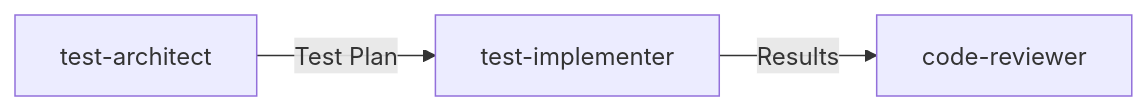
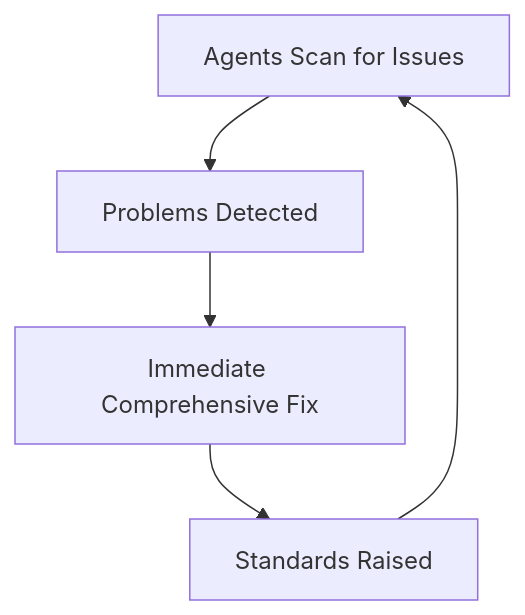
One commit to mudspot/prometheus-agents changed the third of 3 diagrams in README.md. Above: the diagram before and after it, drawn with Mermaid. The commit also changed other lines of this file and 44 other files, not shown here.

````diff
--- a/README.md
+++ b/README.md
@@ -183,5 +233,7 @@
 ```mermaid
-graph LR
-    A[test-architect] -->|Test Plan| B[test-implementer]
-    B -->|Results| C[code-reviewer]
+graph TD
+    A[Agents Scan for Issues] --> B[Problems Detected]
+    B --> C[Immediate Comprehensive Fix]
+    C --> D[Standards Raised] 
+    D --> A
 ```
````
